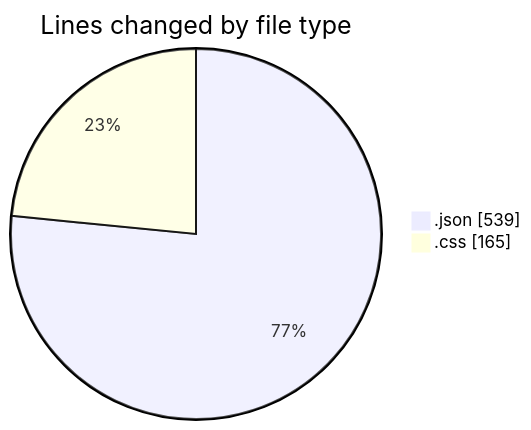
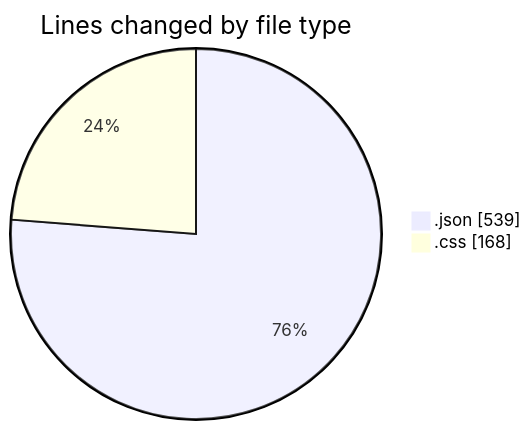
One commit to EIIisD/code-tracking changed the first of 2 diagrams in 2025-07-14/defer/README.md. Above: the diagram before and after it, drawn with Mermaid. The commit also changed other lines of this file and 1 other file, not shown here.

````diff
--- a/2025-07-14/defer/README.md
+++ b/2025-07-14/defer/README.md
@@ -21,6 +21,6 @@
 ```mermaid
 pie showData
 title Lines changed by file type
 ".json" : 539
-".css" : 165
+".css" : 168
 ```
````
